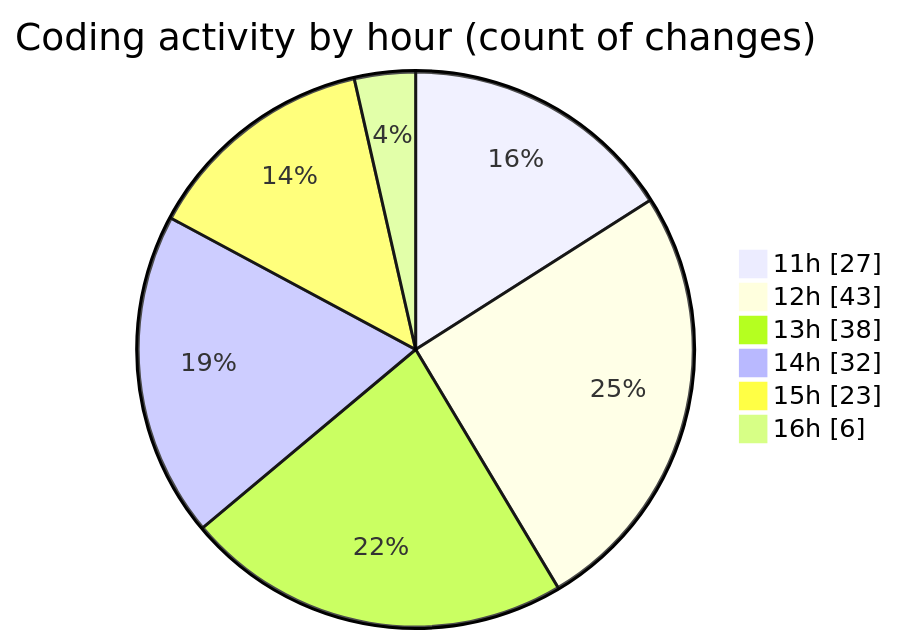
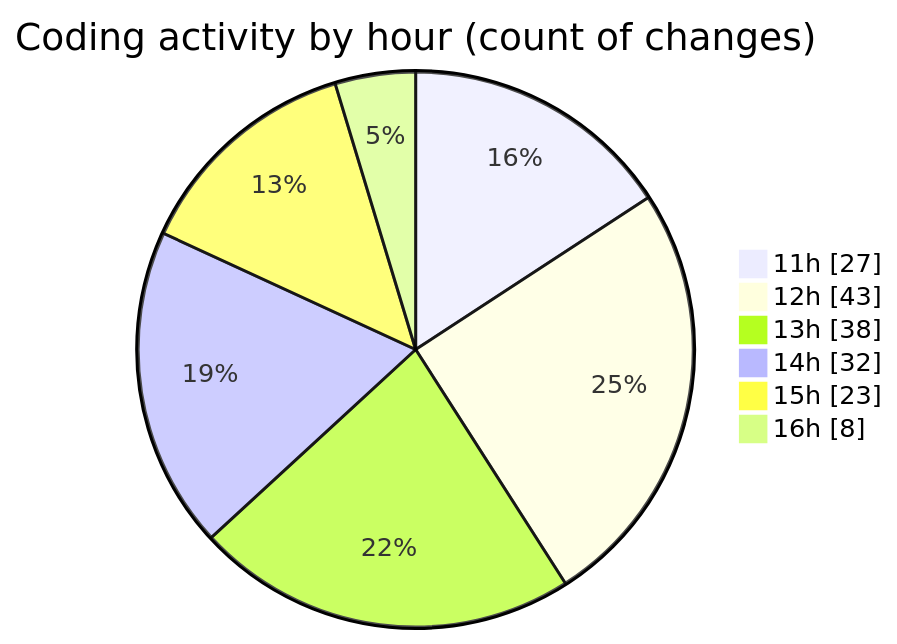
Before and after one commit to momahboobian/code-tracking: the second of 2 diagrams in 2026-01-05/cda/README.md, drawn with Mermaid. The commit also changed other lines of this file and 1 other file, not shown here.

````diff
--- a/2026-01-05/cda/README.md
+++ b/2026-01-05/cda/README.md
@@ -43,10 +44,10 @@
 ```mermaid
 pie showData
 title Coding activity by hour (count of changes)
 "11h" : 27
 "12h" : 43
 "13h" : 38
 "14h" : 32
 "15h" : 23
-"16h" : 6
+"16h" : 8
 ```
````
